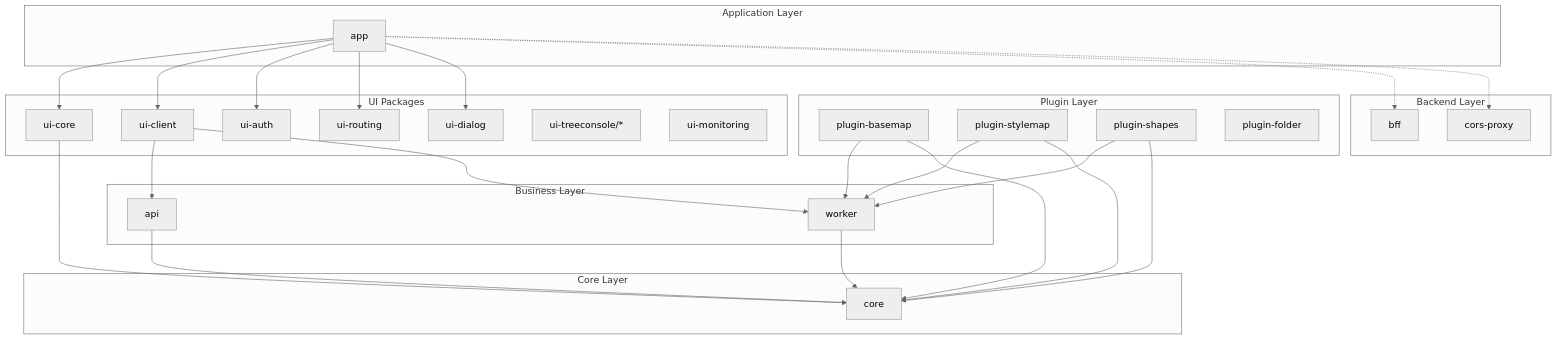
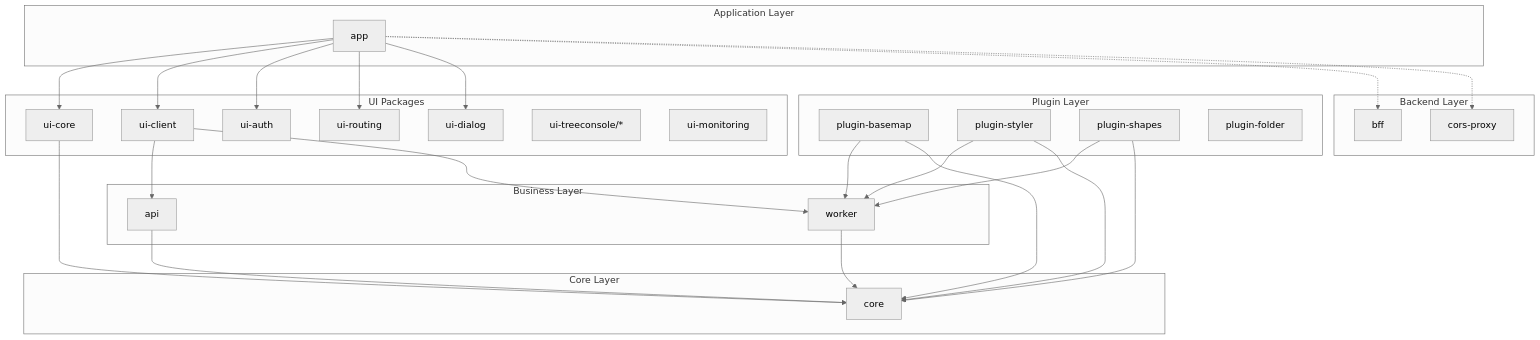
Before and after one commit to kubohiroya/hierarchidb: diagram 15 of 18 in docs/deprecated/REPORT/technical-architecture-specification.md, drawn with Mermaid (neutral theme). The commit also changed other lines of this file and 267 other files, not shown here.

First line of the commit message:
refactor: rename stylemap-plugin to styler-plugin

````diff
--- a/docs/deprecated/REPORT/technical-architecture-specification.md
+++ b/docs/deprecated/REPORT/technical-architecture-specification.md
@@ -789,60 +789,60 @@
 ```mermaid
 graph TB
     subgraph "Application Layer"
         App[app]
     end
     
     subgraph "UI Packages"
         UICore[ui-core]
         UIClient[ui-client]
         UIAuth[ui-auth]
         UIRouting[ui-routing]
         UIDialog[ui-dialog]
         UITreeconsole[ui-treeconsole/*]
         UIMonitoring[ui-monitoring]
     end
     
     subgraph "Business Layer"
         API[api]
         Worker[worker]
     end
     
     subgraph "Core Layer"
         Core[core]
     end
     
     subgraph "Plugin Layer"
         BaseMap[plugin-basemap]
-        StyleMap[plugin-stylemap]
+        Styler[plugin-styler]
         Shapes[plugin-shapes]
         Folder[plugin-folder]
     end
     
     subgraph "Backend Layer"
         BFF[bff]
         CorsProxy[cors-proxy]
     end
     
     App --> UICore
     App --> UIClient
     App --> UIAuth
     App --> UIRouting
     App --> UIDialog
     
     UICore --> Core
     UIClient --> API
     UIClient --> Worker
     
     Worker --> Core
     API --> Core
     
     BaseMap --> Worker
     BaseMap --> Core
-    StyleMap --> Worker
-    StyleMap --> Core
+    Styler --> Worker
+    Styler --> Core
     Shapes --> Worker
     Shapes --> Core
     
     App -.-> BFF
     App -.-> CorsProxy
 ```
````
